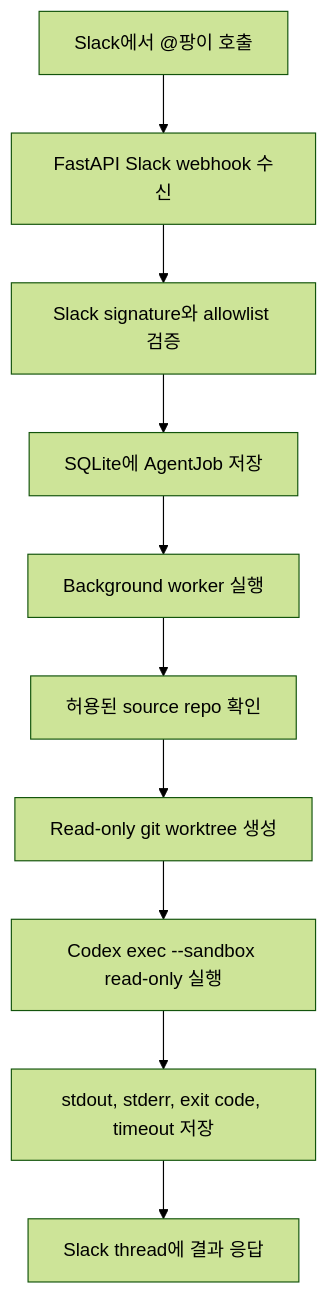
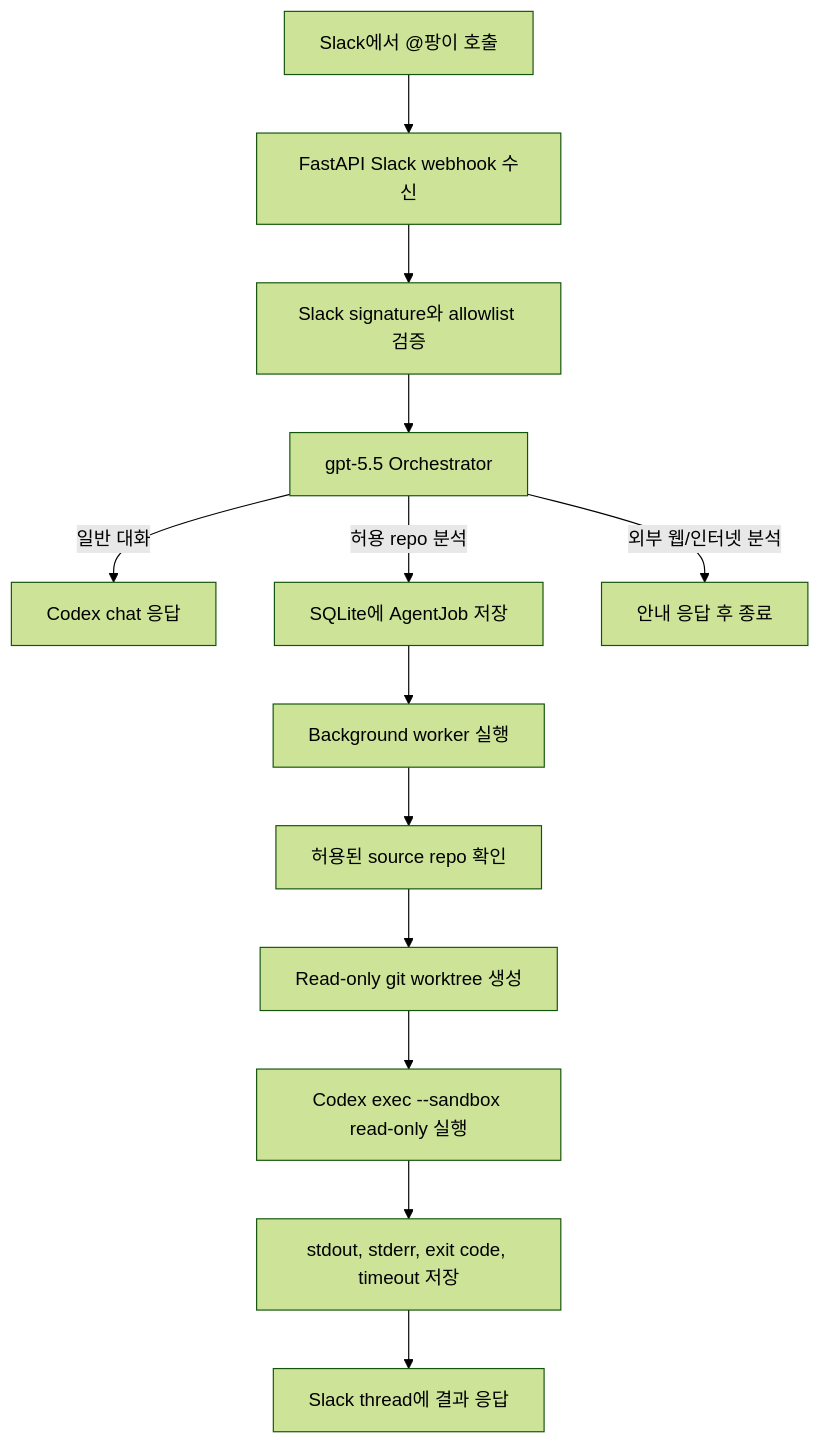
Before and after one commit to team-PopPang/Pangi: the diagram in README.md, drawn with Mermaid (forest theme). The commit also changed other lines of this file and 19 other files, not shown here.

````diff
--- a/README.md
+++ b/README.md
@@ -15,12 +16,15 @@
 ```mermaid
 flowchart TD
     A["Slack에서 @팡이 호출"] --> B["FastAPI Slack webhook 수신"]
     B --> C["Slack signature와 allowlist 검증"]
-    C --> D["SQLite에 AgentJob 저장"]
-    D --> E["Background worker 실행"]
-    E --> F["허용된 source repo 확인"]
-    F --> G["Read-only git worktree 생성"]
-    G --> H["Codex exec --sandbox read-only 실행"]
-    H --> I["stdout, stderr, exit code, timeout 저장"]
-    I --> J["Slack thread에 결과 응답"]
+    C --> D["gpt-5.5 Orchestrator"]
+    D -->|일반 대화| Y["Codex chat 응답"]
+    D -->|허용 repo 분석| E["SQLite에 AgentJob 저장"]
+    D -->|외부 웹/인터넷 분석| X["안내 응답 후 종료"]
+    E --> F["Background worker 실행"]
+    F --> G["허용된 source repo 확인"]
+    G --> H["Read-only git worktree 생성"]
+    H --> I["Codex exec --sandbox read-only 실행"]
+    I --> J["stdout, stderr, exit code, timeout 저장"]
+    J --> K["Slack thread에 결과 응답"]
 ```
````
